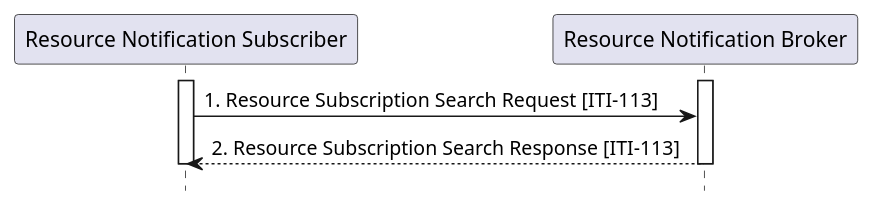
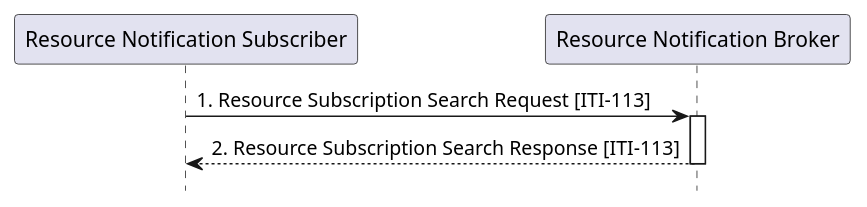
One commit to IHE/ITI.DSUBm changed the diagram in input/images-source/ITI-113-Subscription-seq.plantuml. Above: the diagram before and after it, drawn with PlantUML. The commit also changed 6 other files, not shown here.

```diff
--- a/input/images-source/ITI-113-Subscription-seq.plantuml
+++ b/input/images-source/ITI-113-Subscription-seq.plantuml
@@ -1,15 +1,14 @@
 @startuml
 hide footbox
 participant "Resource Notification Subscriber" as  Subscriber
 participant "Resource Notification Broker" as  Broker
 
 
-activate Subscriber
+
+Subscriber -> Broker : 1. Resource Subscription Search Request [ITI-113]
 activate Broker
-Subscriber -> Broker : 1. Resource Subscription Search Request [ITI-113]
 Broker --> Subscriber : 2. Resource Subscription Search Response [ITI-113]
 
 deactivate Broker
-deactivate Subscriber
 
 @enduml
```
